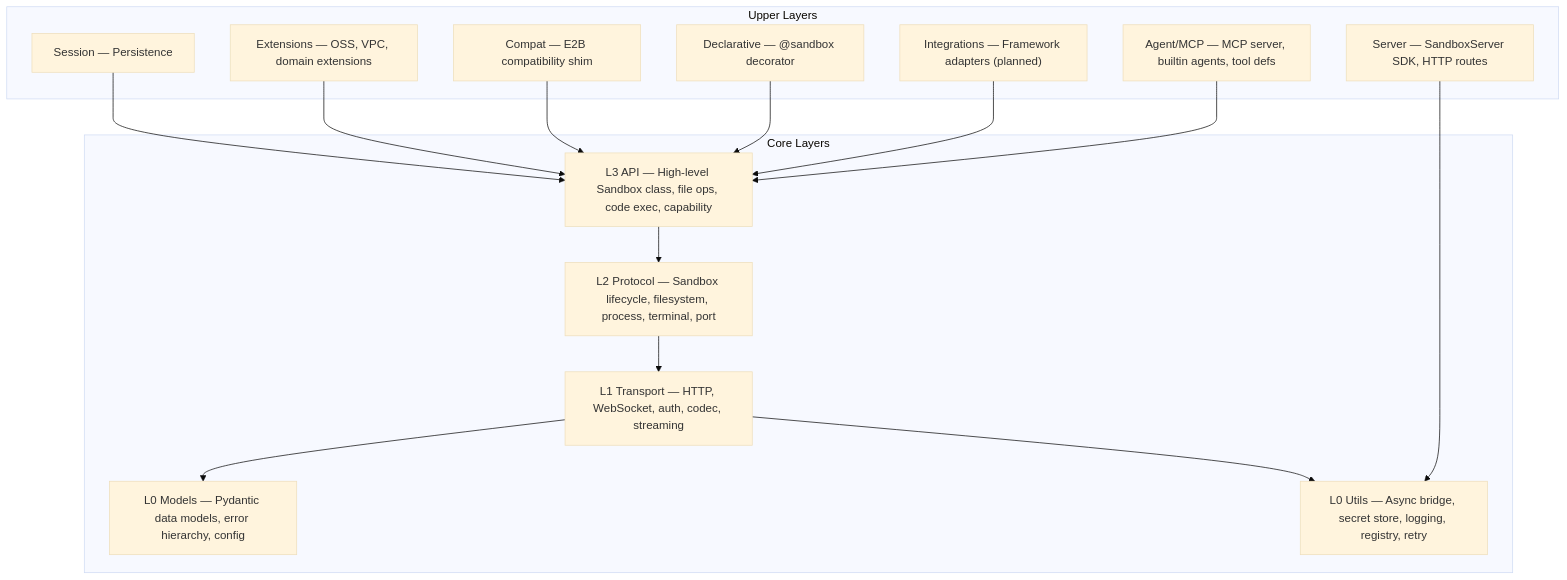
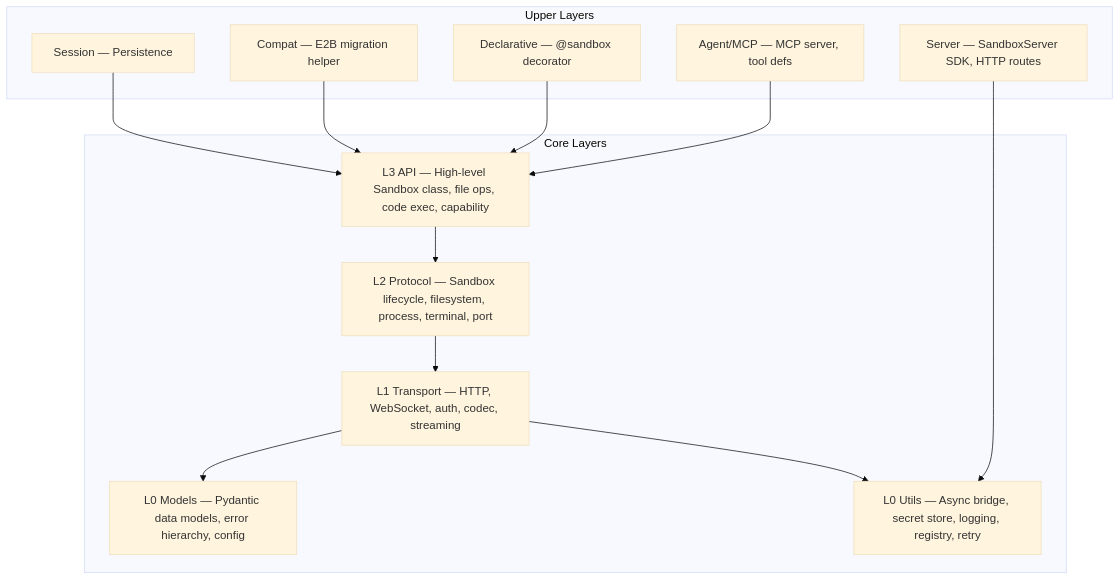
One commit to Alibaba-Agent-Sandbox/python-sdk changed the diagram in AGENTS.md. Above: the diagram before and after it, drawn with Mermaid (base theme). The commit also changed other lines of this file and 819 other files, not shown here.

````diff
--- a/AGENTS.md
+++ b/AGENTS.md
@@ -85,30 +83,26 @@
 ```mermaid
 graph TB
     subgraph Upper["Upper Layers"]
-        Agent["Agent/MCP — MCP server, builtin agents, tool defs"]
-        Integ["Integrations — Framework adapters (planned)"]
+        Agent["Agent/MCP — MCP server, tool defs"]
         Decl["Declarative — @sandbox decorator"]
-        Compat["Compat — E2B compatibility shim"]
-        Ext["Extensions — OSS, VPC, domain extensions"]
+        Compat["Compat — E2B migration helper"]
         Server["Server — SandboxServer SDK, HTTP routes"]
         Sess["Session — Persistence"]
     end
     subgraph Core["Core Layers"]
         L3["L3 API — High-level Sandbox class, file ops, code exec, capability"]
         L2["L2 Protocol — Sandbox lifecycle, filesystem, process, terminal, port"]
         L1["L1 Transport — HTTP, WebSocket, auth, codec, streaming"]
         L0M["L0 Models — Pydantic data models, error hierarchy, config"]
         L0U["L0 Utils — Async bridge, secret store, logging, registry, retry"]
     end
 
     Agent --> L3
-    Integ --> L3
     Decl --> L3
     Compat --> L3
-    Ext --> L3
     Server --> L0U
     Sess --> L3
     L3 --> L2 --> L1
     L1 --> L0M
     L1 --> L0U
 ```
````
